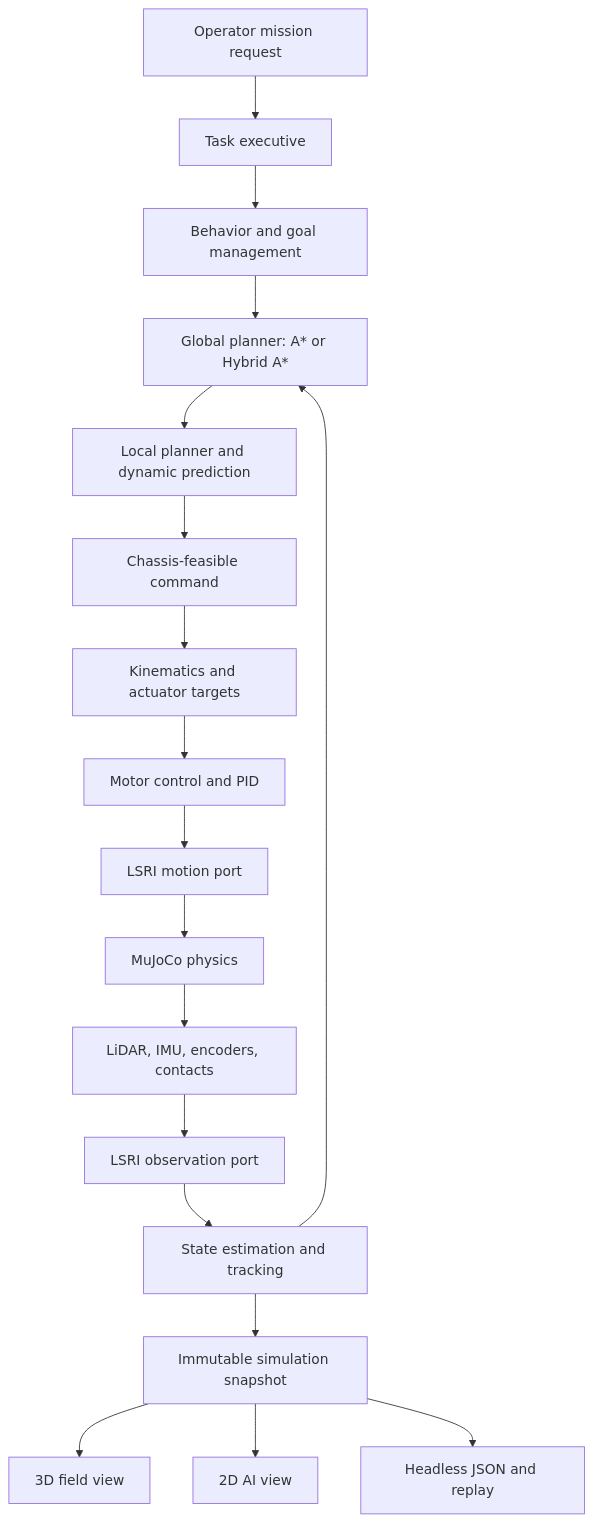
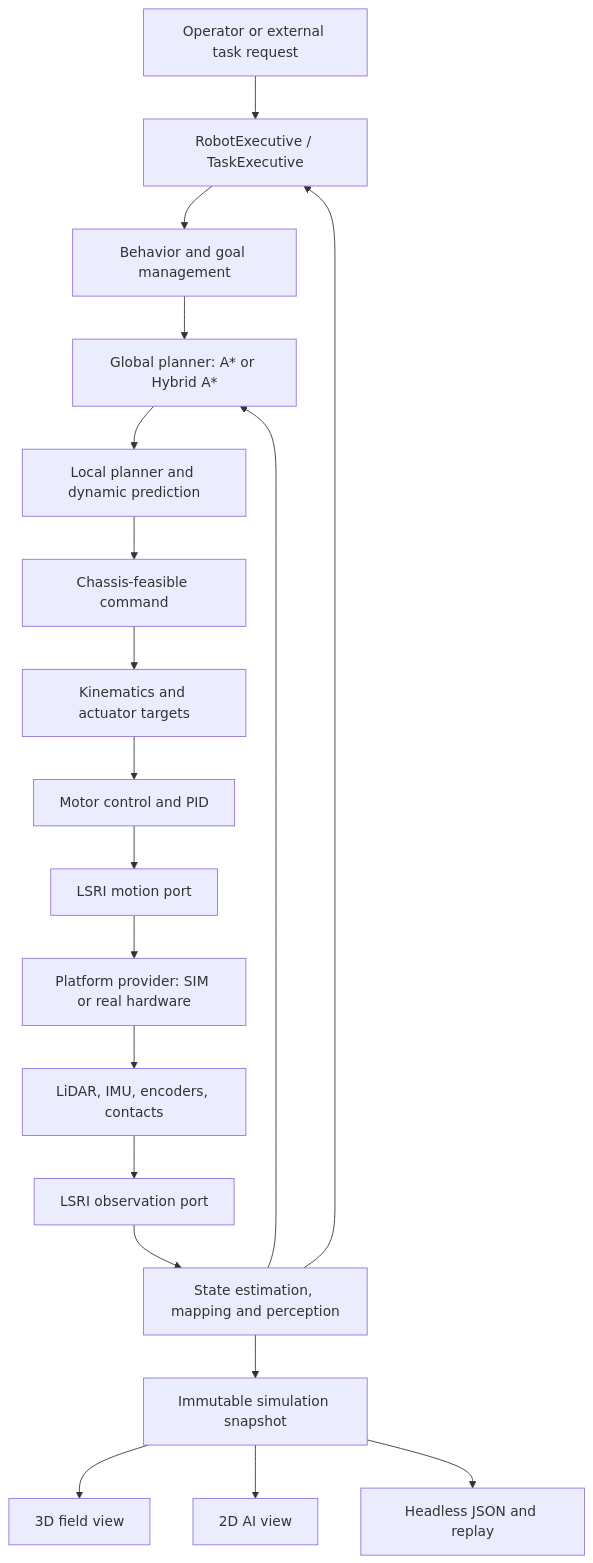
Before and after one commit to Robin-1978/lost-signal: the diagram in docs/architecture.md, drawn with Mermaid. The commit also changed other lines of this file and 11 other files, not shown here.

Commit message:
feat: establish robot executive and localization contracts

````diff
--- a/docs/architecture.md
+++ b/docs/architecture.md
@@ -7,20 +7,21 @@
 ```mermaid
 graph TD
- A[Operator mission request] --> X[Task executive]
+ A[Operator or external task request] --> X[RobotExecutive / TaskExecutive]
  X --> B[Behavior and goal management]
  B --> C[Global planner: A* or Hybrid A*]
  C --> D[Local planner and dynamic prediction]
  D --> E[Chassis-feasible command]
  E --> F[Kinematics and actuator targets]
  F --> G[Motor control and PID]
  G --> R[LSRI motion port]
- R --> H[MuJoCo physics]
+ R --> H[Platform provider: SIM or real hardware]
  H --> I[LiDAR, IMU, encoders, contacts]
  I --> O[LSRI observation port]
- O --> J[State estimation and tracking]
+ O --> J[State estimation, mapping and perception]
+ J --> X
  J --> C
  J --> K[Immutable simulation snapshot]
  K --> L[3D field view]
  K --> M[2D AI view]
  K --> N[Headless JSON and replay]
 ```
````
